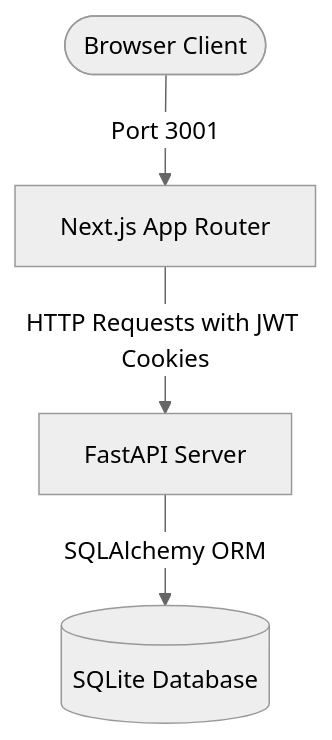
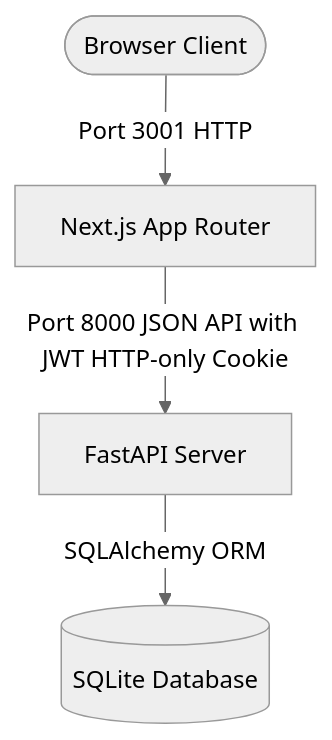
The first of 5 diagrams in README.md (gauravaaq/aws-route53-clone), drawn with Mermaid (neutral theme) before and after one commit. The commit also changed other lines of this file, not shown here.

````diff
--- a/README.md
+++ b/README.md
@@ -9,6 +64,6 @@
 ```mermaid
 graph TD
-    User([Browser Client]) -->|Port 3001| Frontend[Next.js App Router]
-    Frontend -->|HTTP Requests with JWT Cookies| Backend[FastAPI Server]
+    User([Browser Client]) -->|Port 3001 HTTP| Frontend[Next.js App Router]
+    Frontend -->|Port 8000 JSON API with JWT HTTP-only Cookie| Backend[FastAPI Server]
     Backend -->|SQLAlchemy ORM| Database[(SQLite Database)]
 ```
````
